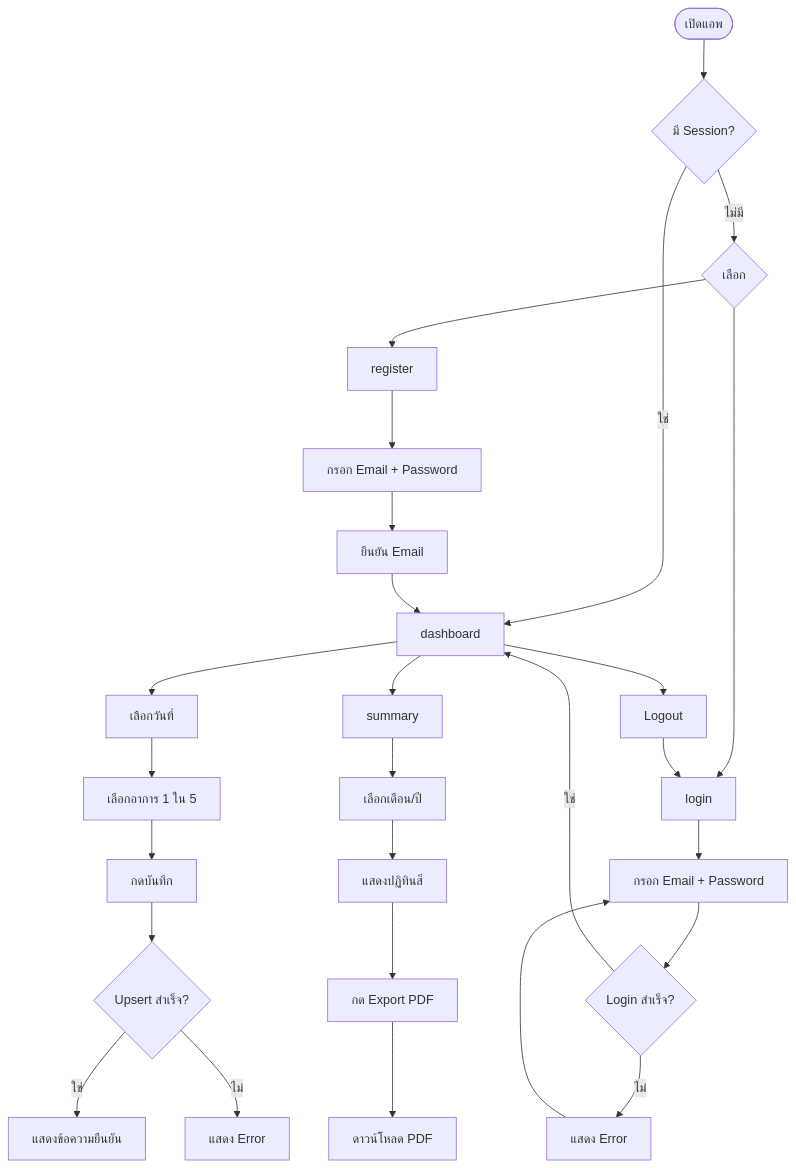
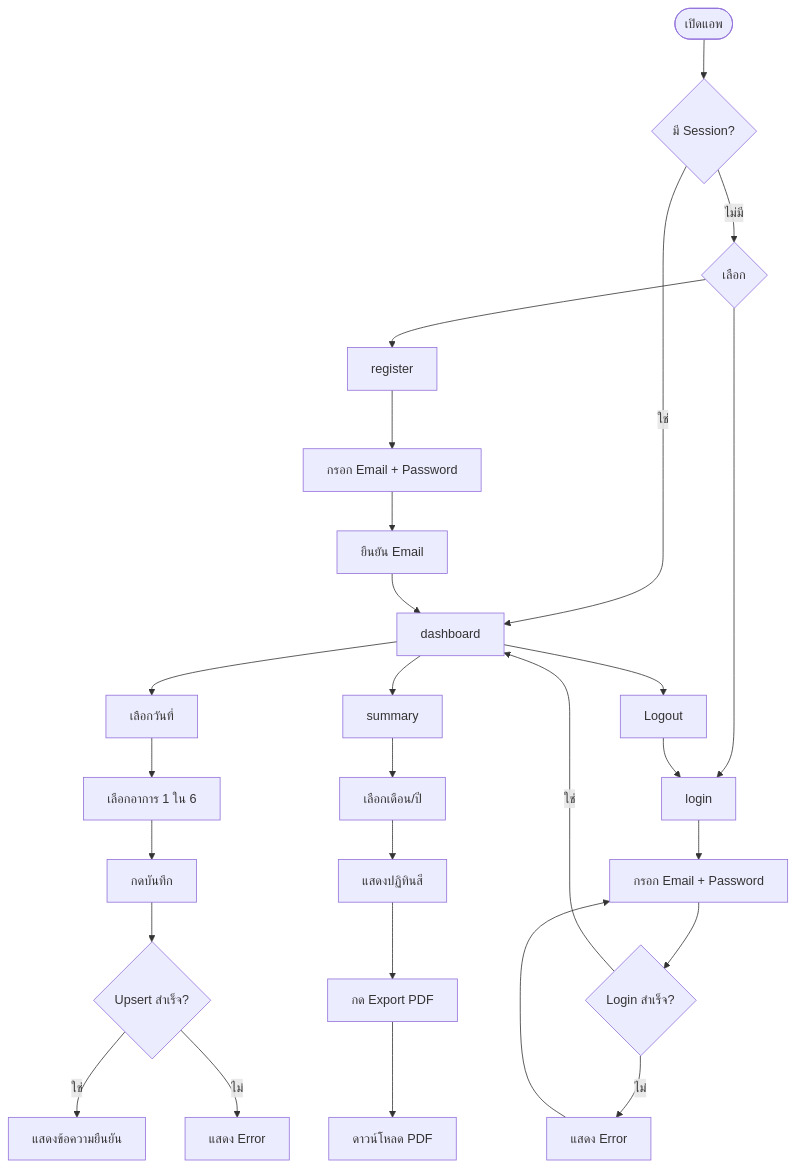
One commit to KomnutWanNTL/KidHealthTracker changed the first of 5 diagrams in .docs/requirements-kidhealth-tracker.md. Above: the diagram before and after it, drawn with Mermaid. The commit also changed other lines of this file and 5 other files, not shown here.

````diff
--- a/.docs/requirements-kidhealth-tracker.md
+++ b/.docs/requirements-kidhealth-tracker.md
@@ -17,35 +17,35 @@
 ```mermaid
 flowchart TD
     Start([เปิดแอพ]) --> CheckSession{มี Session?}
     CheckSession -- ใช่ --> Dashboard
     CheckSession -- ไม่มี --> AuthPage{เลือก}
 
     AuthPage --> Login[login]
     AuthPage --> Register[register]
 
     Register --> FillRegister[กรอก Email + Password]
     FillRegister --> VerifyEmail[ยืนยัน Email]
     VerifyEmail --> Dashboard
 
     Login --> FillLogin[กรอก Email + Password]
     FillLogin --> LoginOK{Login สำเร็จ?}
     LoginOK -- ใช่ --> Dashboard[dashboard]
     LoginOK -- ไม่ --> ErrLogin[แสดง Error]
     ErrLogin --> FillLogin
 
-    Dashboard --> SelectDate[เลือกวันที่]
-    SelectDate --> SelectSymptom[เลือกอาการ 1 ใน 5]
+    Dashboard -->     SelectDate[เลือกวันที่]
+    SelectDate --> SelectSymptom[เลือกอาการ 1 ใน 6]
     SelectSymptom --> Save[กดบันทึก]
     Save --> SaveOK{Upsert สำเร็จ?}
     SaveOK -- ใช่ --> SuccessMsg[แสดงข้อความยืนยัน]
     SaveOK -- ไม่ --> ErrSave[แสดง Error]
 
     Dashboard --> GoSummary[summary]
     GoSummary --> PickMonth[เลือกเดือน/ปี]
     PickMonth --> ShowCalendar[แสดงปฏิทินสี]
     ShowCalendar --> ExportPDF[กด Export PDF]
     ExportPDF --> DownloadFile[ดาวน์โหลด PDF]
 
     Dashboard --> Logout[Logout]
     Logout --> Login
 ```
````
